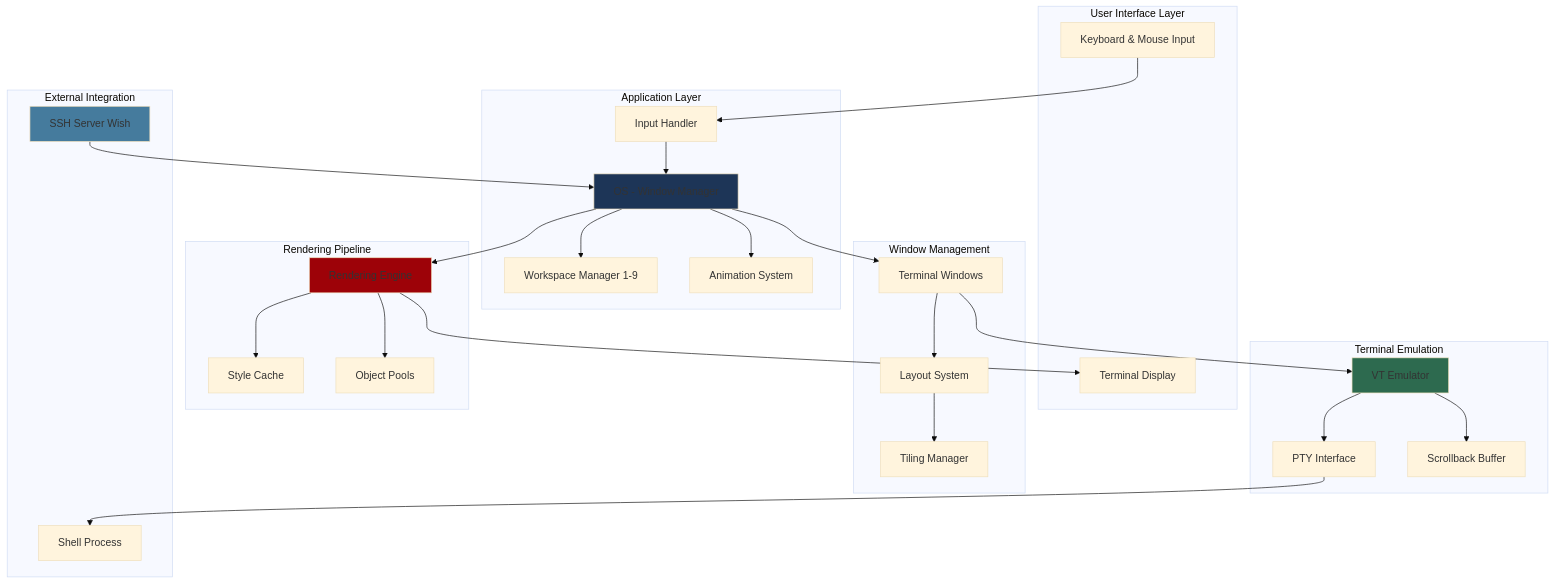
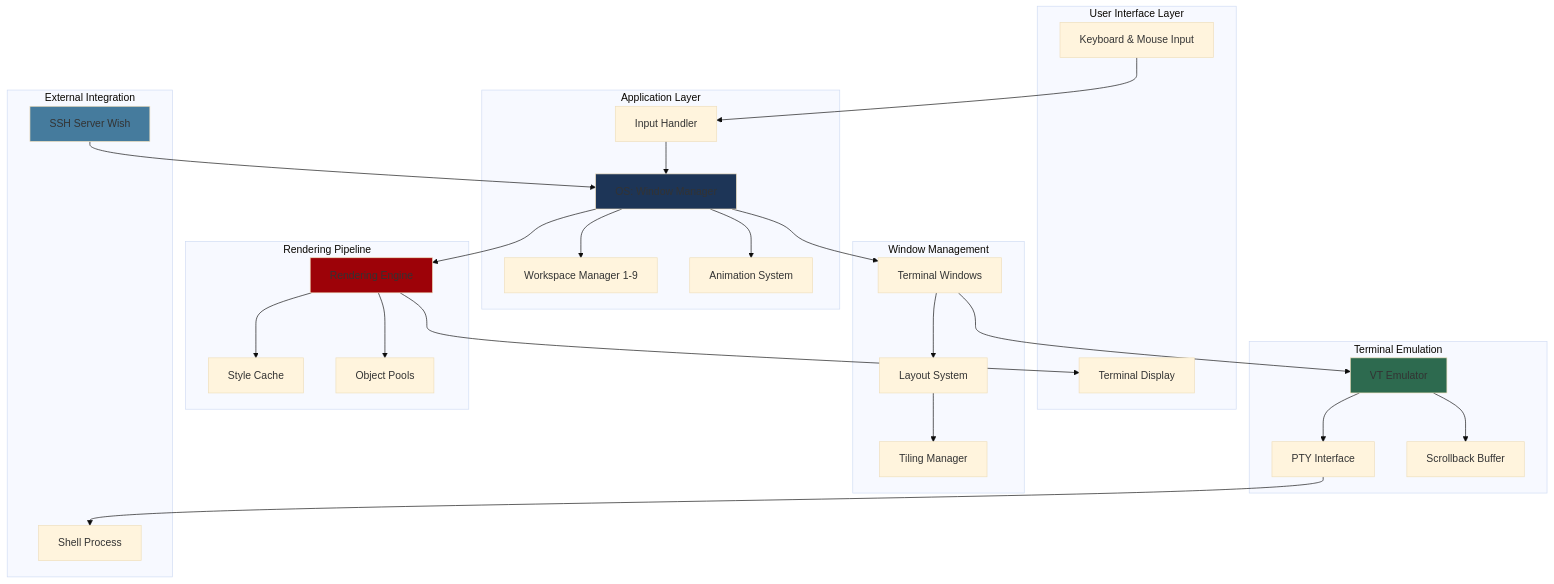
Before and after one commit to Gaurav-Gosain/tuios: the first of 7 diagrams in docs/ARCHITECTURE.md, drawn with Mermaid (base theme). The commit also changed other lines of this file and 62 other files, not shown here.

````diff
--- a/docs/ARCHITECTURE.md
+++ b/docs/ARCHITECTURE.md
@@ -32,59 +32,59 @@
 ```mermaid
 graph TB
     subgraph "User Interface Layer"
         UI[Terminal Display]
         Input[Keyboard & Mouse Input]
     end
 
     subgraph "Application Layer"
-        OS[OS - Window Manager]
+        OS[OS: Window Manager]
         IH[Input Handler]
         WS[Workspace Manager 1-9]
         ANI[Animation System]
     end
 
     subgraph "Window Management"
         WIN[Terminal Windows]
         LAYOUT[Layout System]
         TILE[Tiling Manager]
     end
 
     subgraph "Terminal Emulation"
         VT[VT Emulator]
         PTY[PTY Interface]
         SCROLL[Scrollback Buffer]
     end
 
     subgraph "Rendering Pipeline"
         RENDER[Rendering Engine]
         CACHE[Style Cache]
         POOL[Object Pools]
     end
 
     subgraph "External Integration"
         SSH[SSH Server Wish]
         SHELL[Shell Process]
     end
 
     Input --> IH
     IH --> OS
     OS --> WS
     OS --> WIN
     OS --> ANI
     WIN --> VT
     WIN --> LAYOUT
     LAYOUT --> TILE
     VT --> PTY
     VT --> SCROLL
     PTY --> SHELL
     OS --> RENDER
     RENDER --> CACHE
     RENDER --> POOL
     RENDER --> UI
     SSH --> OS
 
     style OS fill:#1d3557
     style VT fill:#2d6a4f
     style RENDER fill:#9d0208
     style SSH fill:#457b9d
 ```
````
